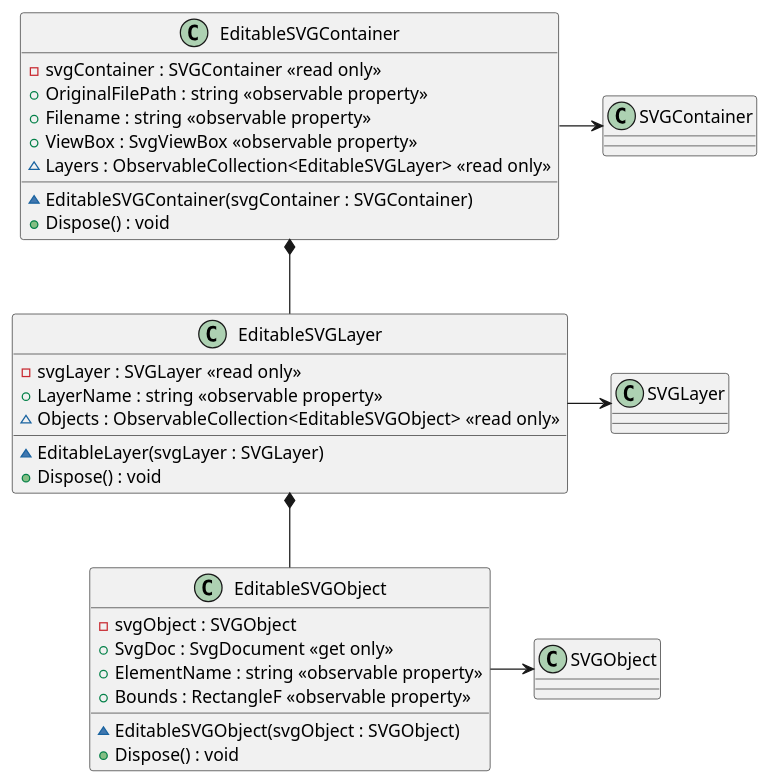
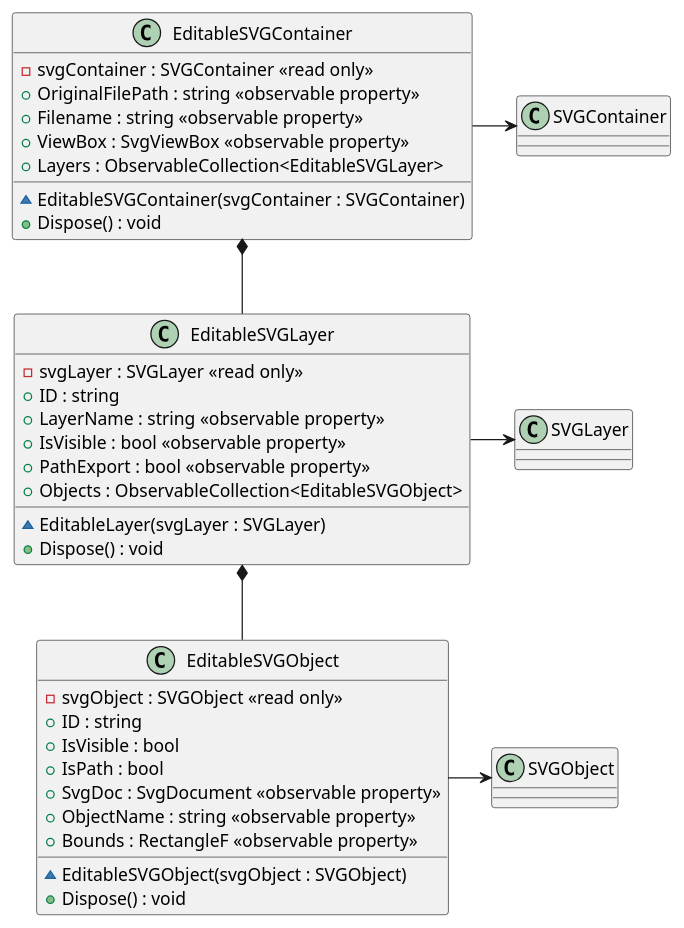
One commit to tatsuya19871219/SVGObjectsDecomposer changed the third of 4 diagrams in uml/SVGObjectsDecomposer.puml. Above: the diagram before and after it, drawn with PlantUML. The commit also changed 1 other file, not shown here.

```diff
--- a/uml/SVGObjectsDecomposer.puml
+++ b/uml/SVGObjectsDecomposer.puml
@@ -144,47 +144,50 @@
 @startuml Models.EditableSVGContainer
 class EditableSVGContainer
 {
     - svgContainer : SVGContainer <<read only>>
     + OriginalFilePath : string <<observable property>>
     + Filename : string <<observable property>>
     + ViewBox : SvgViewBox <<observable property>>
-    ~ Layers : ObservableCollection<EditableSVGLayer> <<read only>>
+    + Layers : ObservableCollection<EditableSVGLayer> 
     ~ EditableSVGContainer(svgContainer : SVGContainer)
     + Dispose() : void
     ' + Resize(width : double, height : double) : void
     ' '+ TrimAll() : void
     ' + SaveAll() : void
     ' + GenerateXAMLSample() : void
 }
 
 class EditableSVGLayer
 {
     - svgLayer : SVGLayer <<read only>>
+    + ID : string 
     + LayerName : string <<observable property>>
-    ~ Objects : ObservableCollection<EditableSVGObject> <<read only>>
+    + IsVisible : bool <<observable property>>
+    + PathExport : bool <<observable property>>
+    + Objects : ObservableCollection<EditableSVGObject>
     ~ EditableLayer(svgLayer : SVGLayer)
     + Dispose() : void
 }
 
 class EditableSVGObject
 {
-    - svgObject : SVGObject
-    '- trimmed : SVGObject
-    + SvgDoc : SvgDocument <<get only>>
-    + ElementName : string <<observable property>>
+    - svgObject : SVGObject <<read only>>
+    + ID : string
+    + IsVisible : bool
+    + IsPath : bool
+    + SvgDoc : SvgDocument <<observable property>>
+    + ObjectName : string <<observable property>>
     + Bounds : RectangleF <<observable property>>
     ~ EditableSVGObject(svgObject : SVGObject)
-    '+ IsTrimmed : bool
-    '+ Trim() : void
     + Dispose() : void
 }
 
 ' arrows
 EditableSVGContainer -right-> SVGContainer
 EditableSVGLayer -right-> SVGLayer
 EditableSVGObject -right-> SVGObject
 
 EditableSVGContainer *-- EditableSVGLayer
 EditableSVGLayer *-- EditableSVGObject
 
 @enduml
```
